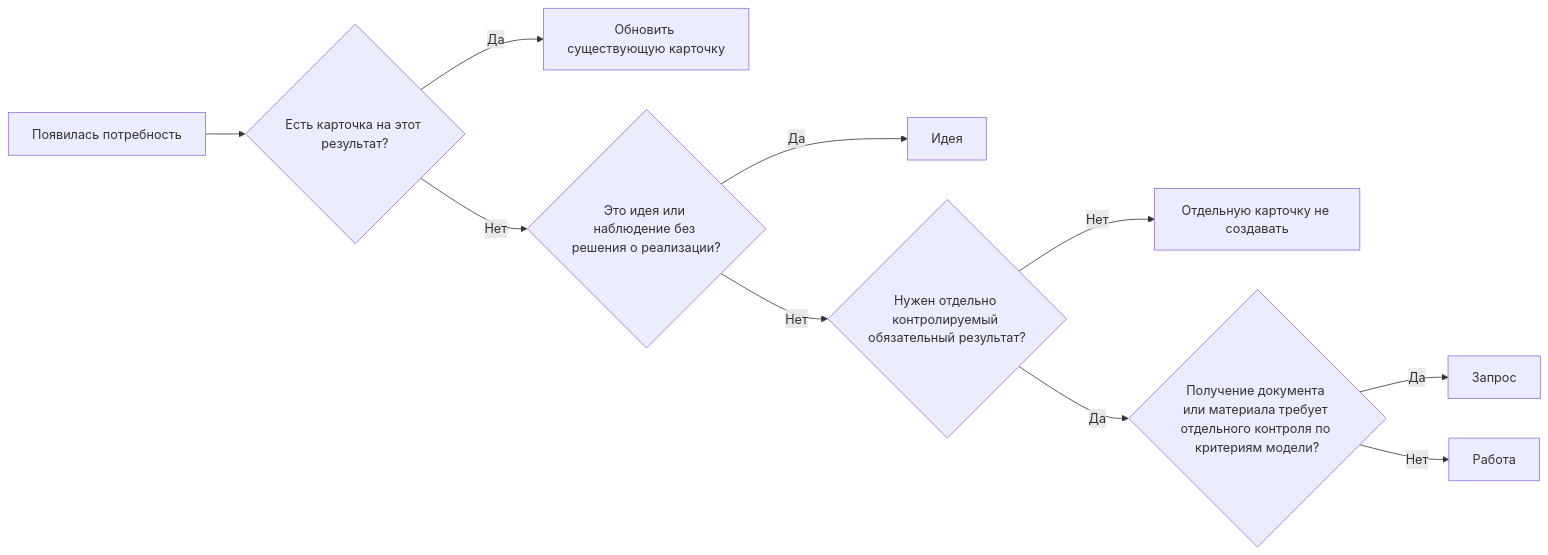
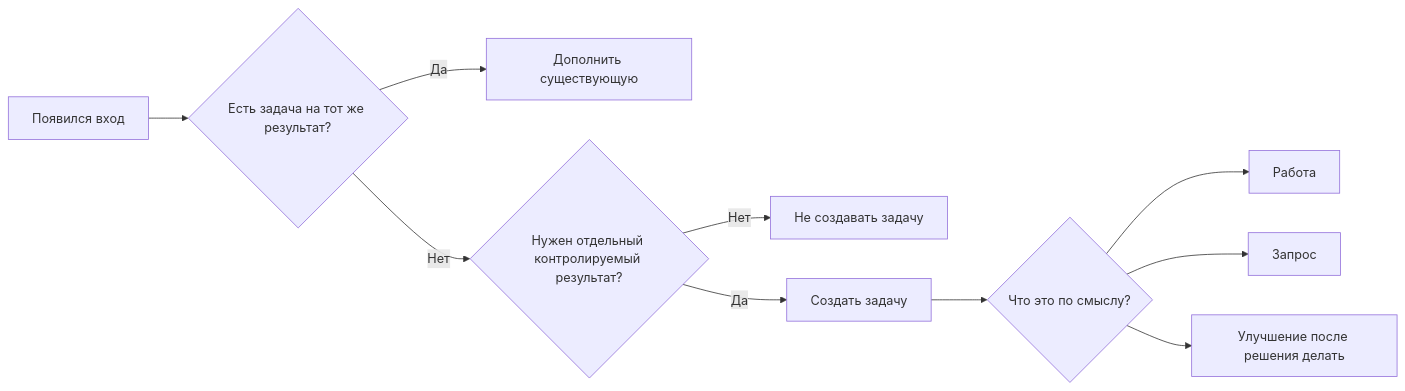
Before and after one commit to lazuale/department: the diagram in docs/05-processes.md, drawn with Mermaid. The commit also changed other lines of this file, not shown here.

````diff
--- a/docs/05-processes.md
+++ b/docs/05-processes.md
@@ -30,12 +52,12 @@
 ```mermaid
 flowchart LR
-    A[Появилась потребность] --> B{Есть карточка на этот результат?}
-    B -- Да --> C[Обновить существующую карточку]
-    B -- Нет --> D{Это идея или наблюдение без решения о реализации?}
-    D -- Да --> E[Идея]
-    D -- Нет --> F{Нужен отдельно контролируемый обязательный результат?}
-    F -- Нет --> G[Отдельную карточку не создавать]
-    F -- Да --> H{Получение документа или материала требует отдельного контроля по критериям модели?}
-    H -- Да --> I[Запрос]
-    H -- Нет --> L[Работа]
+    A[Появился вход] --> B{Есть задача на тот же результат?}
+    B -- Да --> C[Дополнить существующую]
+    B -- Нет --> D{Нужен отдельный контролируемый результат?}
+    D -- Нет --> X[Не создавать задачу]
+    D -- Да --> E[Создать задачу]
+    E --> F{Что это по смыслу?}
+    F --> W[Работа]
+    F --> Q[Запрос]
+    F --> I[Улучшение после решения делать]
 ```
````
